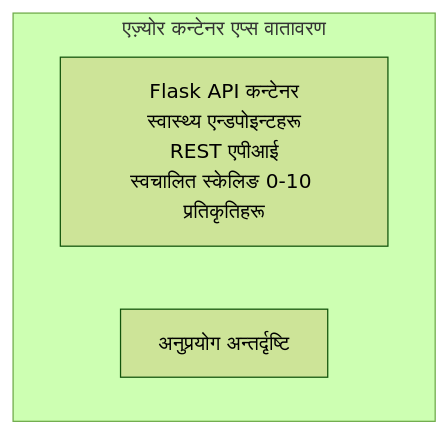
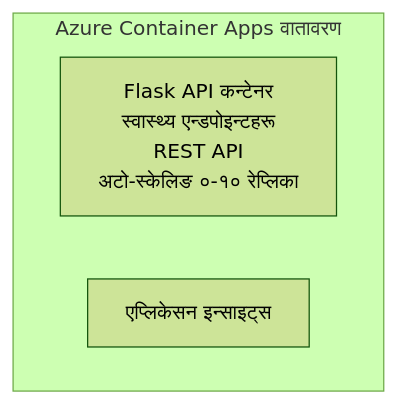
One commit to microsoft/AZD-for-beginners changed the diagram in translations/ne/examples/container-app/simple-flask-api/README.md. Above: the diagram before and after it, drawn with Mermaid (forest theme). The commit also changed other lines of this file and 104 other files, not shown here.

````diff
--- a/translations/ne/examples/container-app/simple-flask-api/README.md
+++ b/translations/ne/examples/container-app/simple-flask-api/README.md
@@ -26,7 +26,7 @@
 ```mermaid
 graph TD
-    subgraph ACA[एज़्योर कन्टेनर एप्स वातावरण]
-        Flask[Flask API कन्टेनर<br/>स्वास्थ्य एन्डपोइन्टहरू<br/>REST एपीआई<br/>स्वचालित स्केलिङ 0-10 प्रतिकृतिहरू]
-        AppInsights[अनुप्रयोग अन्तर्दृष्टि]
+    subgraph ACA[Azure Container Apps वातावरण]
+        Flask[Flask API कन्टेनर<br/>स्वास्थ्य एन्डपोइन्टहरू<br/>REST API<br/>अटो-स्केलिङ ०-१० रेप्लिका]
+        AppInsights[एप्लिकेसन इन्साइट्स]
     end
 ```
````
